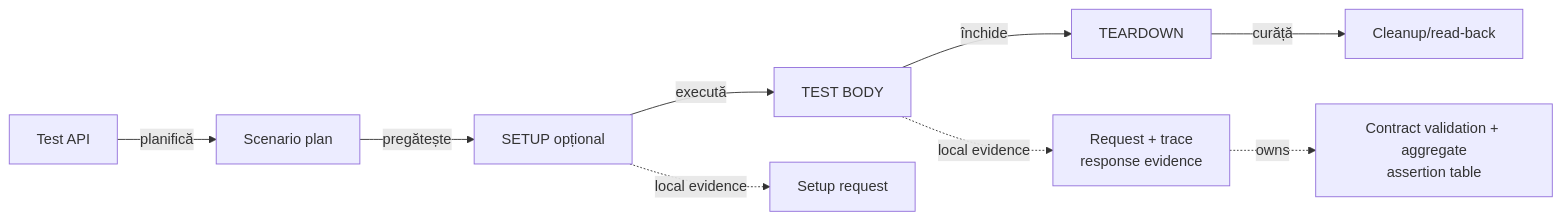
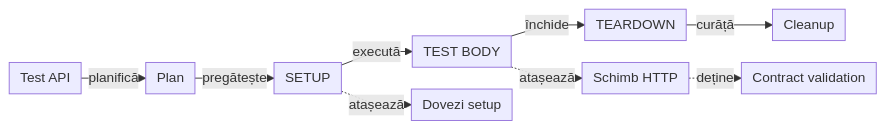
The diagram in docs/ATF_Api_Test_Guide.md (crististefanita/atf_j0), drawn with Mermaid before and after one commit. The commit also changed other lines of this file and 97 other files, not shown here.

````diff
--- a/docs/ATF_Api_Test_Guide.md
+++ b/docs/ATF_Api_Test_Guide.md
@@ -39,11 +39,12 @@
 ```mermaid
+%%{init: {"themeVariables":{"fontSize":"15px"},"themeCSS":".nodeLabel, .nodeLabel p { font-size: 15px !important; line-height: 1.35 !important; } .edgeLabel, .edgeLabel p { font-size: 12px !important; font-weight: 400 !important; line-height: 1.2 !important; } .edgeLabel .labelBkg, .edgeLabel p { background: transparent !important; } .edgeLabel foreignObject { transform: translateY(-18px); overflow: visible; } .node rect { rx: 6px; ry: 6px; }","flowchart":{"curve":"linear","nodeSpacing":24,"rankSpacing":16,"padding":6,"diagramPadding":20}}}%%
 flowchart LR
-    Test[Test API] -->|planifică| Plan[Scenario plan]
-    Plan -->|pregătește| Setup[SETUP opțional]
+    Test[Test API] -->|planifică| Plan["Plan"]
+    Plan -->|pregătește| Setup["SETUP"]
     Setup -->|execută| Body[TEST BODY]
     Body -->|închide| Teardown[TEARDOWN]
-    Teardown -->|curăță| Cleanup[Cleanup/read-back]
-    Setup -. local evidence .-> SetupRequest[Setup request]
-    Body -. local evidence .-> BodyRequest[Request + trace<br/>response evidence]
-    BodyRequest -. owns .-> BodyValidation[Contract validation + aggregate<br/>assertion table]
+    Teardown -->|curăță| Cleanup["Cleanup"]
+    Setup -. atașează .-> SetupRequest["Dovezi setup"]
+    Body -. atașează .-> BodyRequest["Schimb HTTP"]
+    BodyRequest -. deține .-> BodyValidation["Contract validation"]
 ```
````
